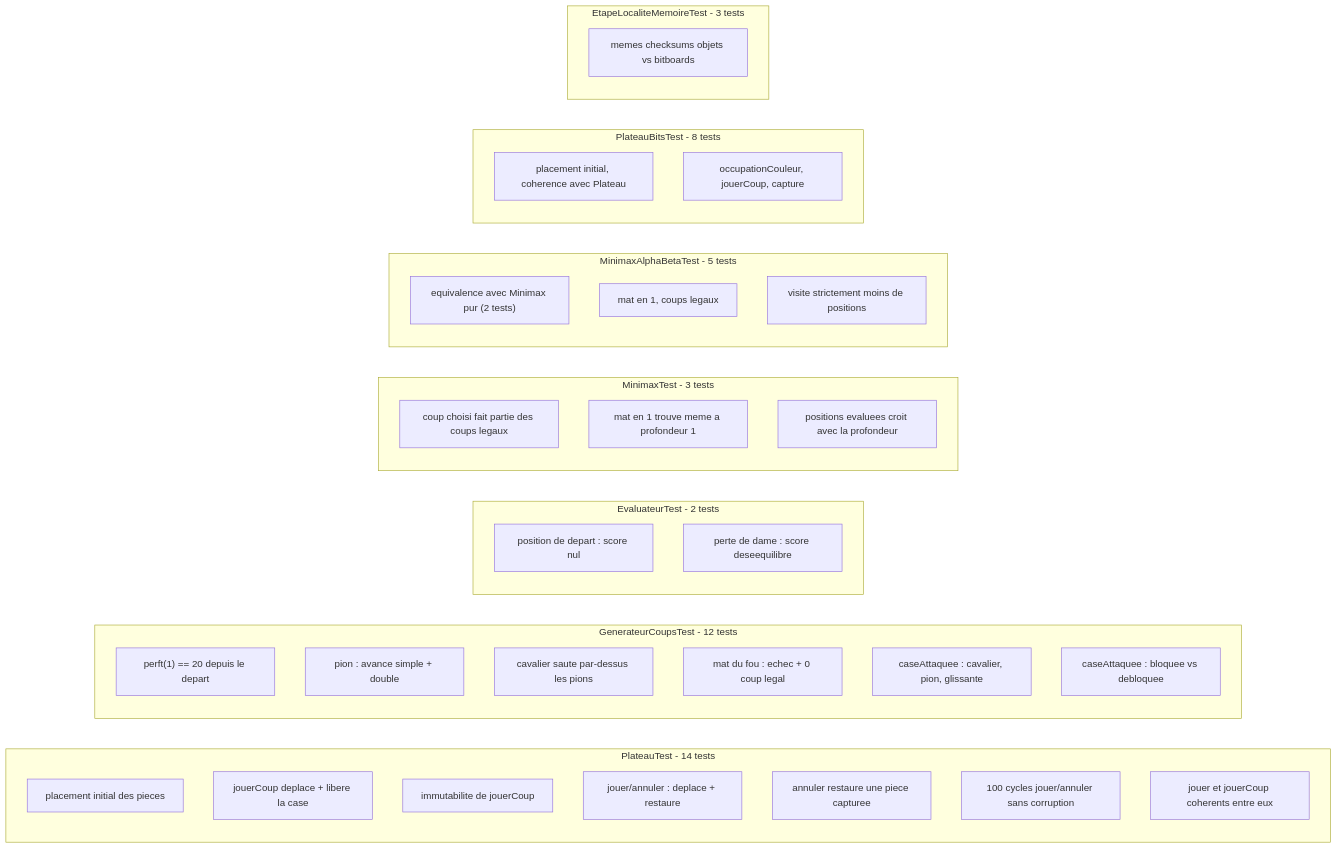
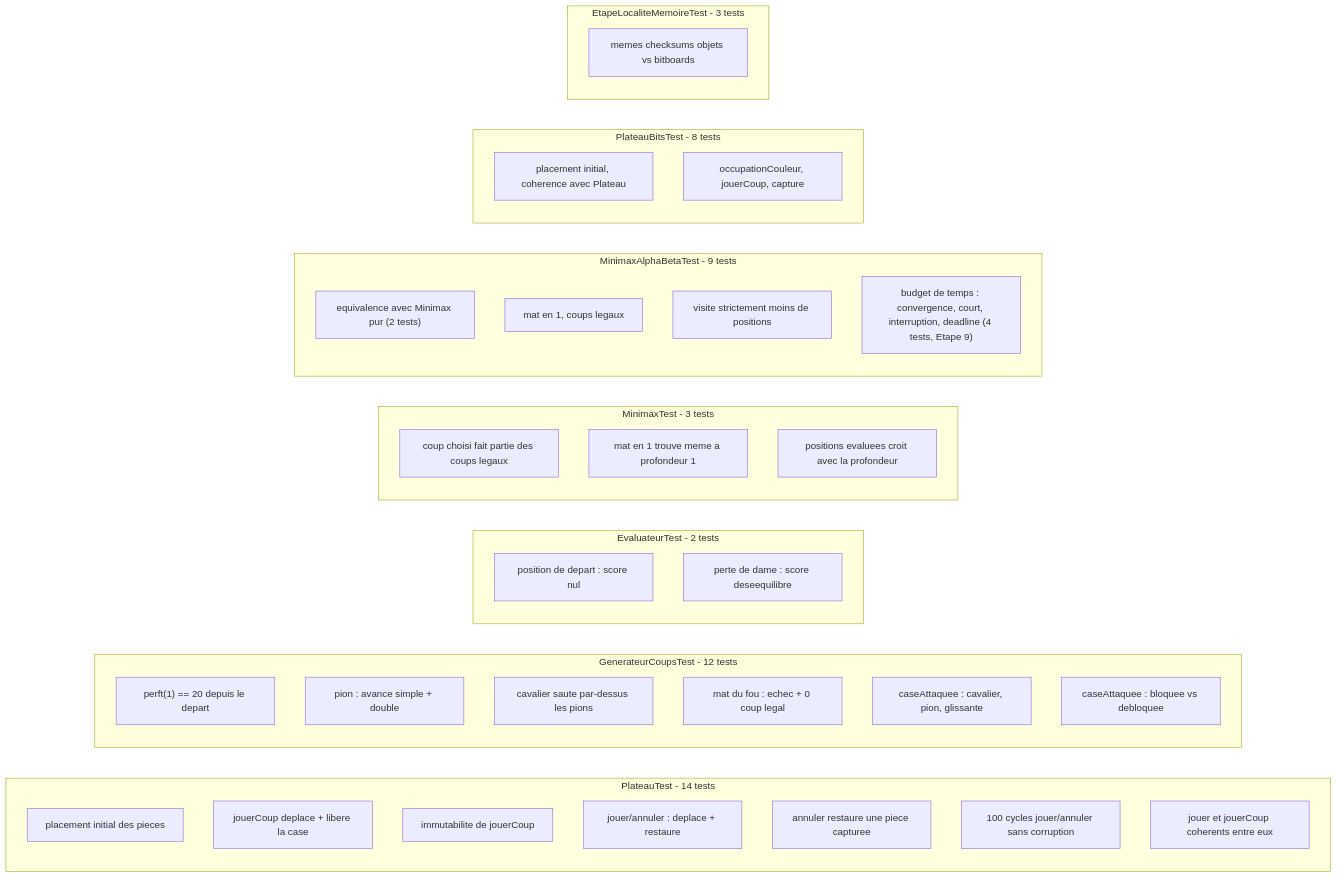
Before and after one commit to YoussefGoat123/FILROUGE: the fifth of 27 diagrams in MoteurEchecs/shemas/schemas.md, drawn with Mermaid. The commit also changed other lines of this file and 11 other files, not shown here.

First line of the commit message:
feat: add DiagnosticBudgetTemps for time budget analysis in chess engine

````diff
--- a/MoteurEchecs/shemas/schemas.md
+++ b/MoteurEchecs/shemas/schemas.md
@@ -129,41 +129,42 @@
 ```mermaid
 graph LR
     subgraph "PlateauTest - 14 tests"
         T1["placement initial des pieces"]
         T2["jouerCoup deplace + libere la case"]
         T3["immutabilite de jouerCoup"]
         T4["jouer/annuler : deplace + restaure"]
         T5["annuler restaure une piece capturee"]
         T6["100 cycles jouer/annuler sans corruption"]
         T7["jouer et jouerCoup coherents entre eux"]
     end
     subgraph "GenerateurCoupsTest - 12 tests"
         T8["perft(1) == 20 depuis le depart"]
         T9["pion : avance simple + double"]
         T10["cavalier saute par-dessus les pions"]
         T11["mat du fou : echec + 0 coup legal"]
         T12["caseAttaquee : cavalier, pion, glissante"]
         T13["caseAttaquee : bloquee vs debloquee"]
     end
     subgraph "EvaluateurTest - 2 tests"
         T14["position de depart : score nul"]
         T15["perte de dame : score deseequilibre"]
     end
     subgraph "MinimaxTest - 3 tests"
         T16["coup choisi fait partie des coups legaux"]
         T17["mat en 1 trouve meme a profondeur 1"]
         T18["positions evaluees croit avec la profondeur"]
     end
-    subgraph "MinimaxAlphaBetaTest - 5 tests"
+    subgraph "MinimaxAlphaBetaTest - 9 tests"
         T19["equivalence avec Minimax pur (2 tests)"]
         T20["mat en 1, coups legaux"]
         T21["visite strictement moins de positions"]
+        T21b["budget de temps : convergence, court, interruption, deadline (4 tests, Etape 9)"]
     end
     subgraph "PlateauBitsTest - 8 tests"
         T22["placement initial, coherence avec Plateau"]
         T23["occupationCouleur, jouerCoup, capture"]
     end
     subgraph "EtapeLocaliteMemoireTest - 3 tests"
         T24["memes checksums objets vs bitboards"]
     end
 ```
````
